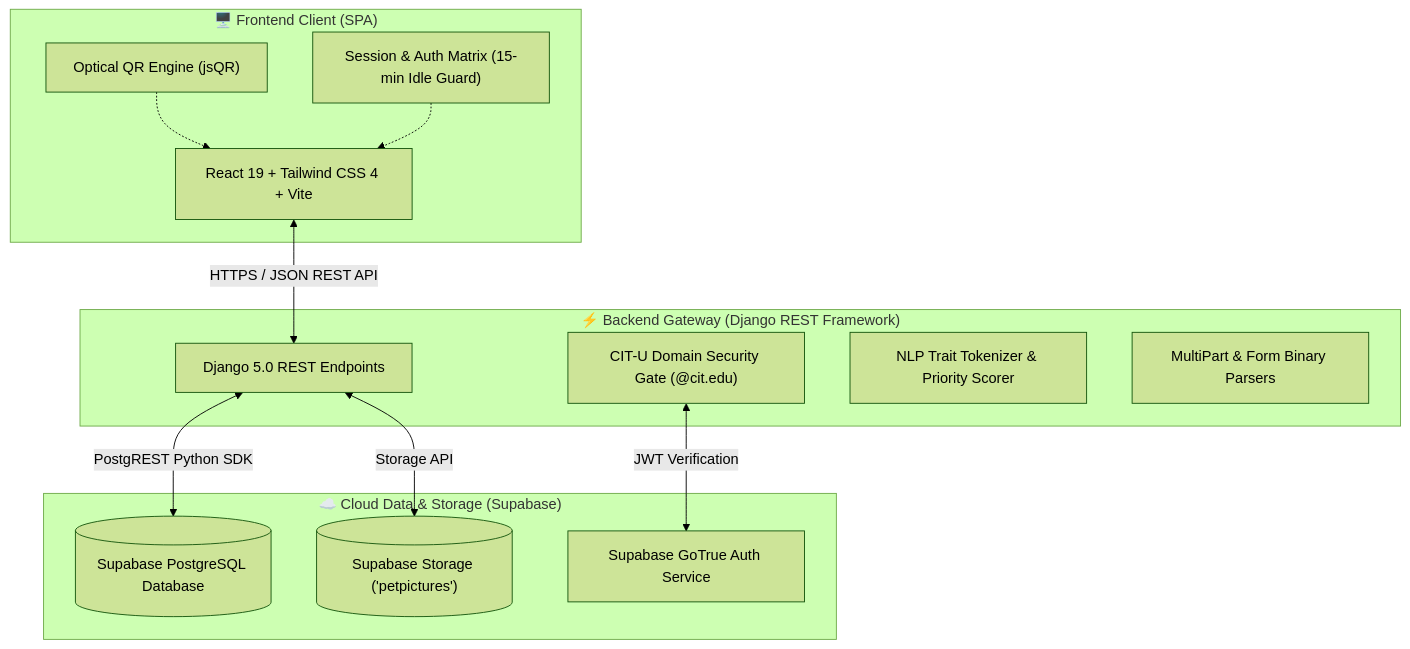
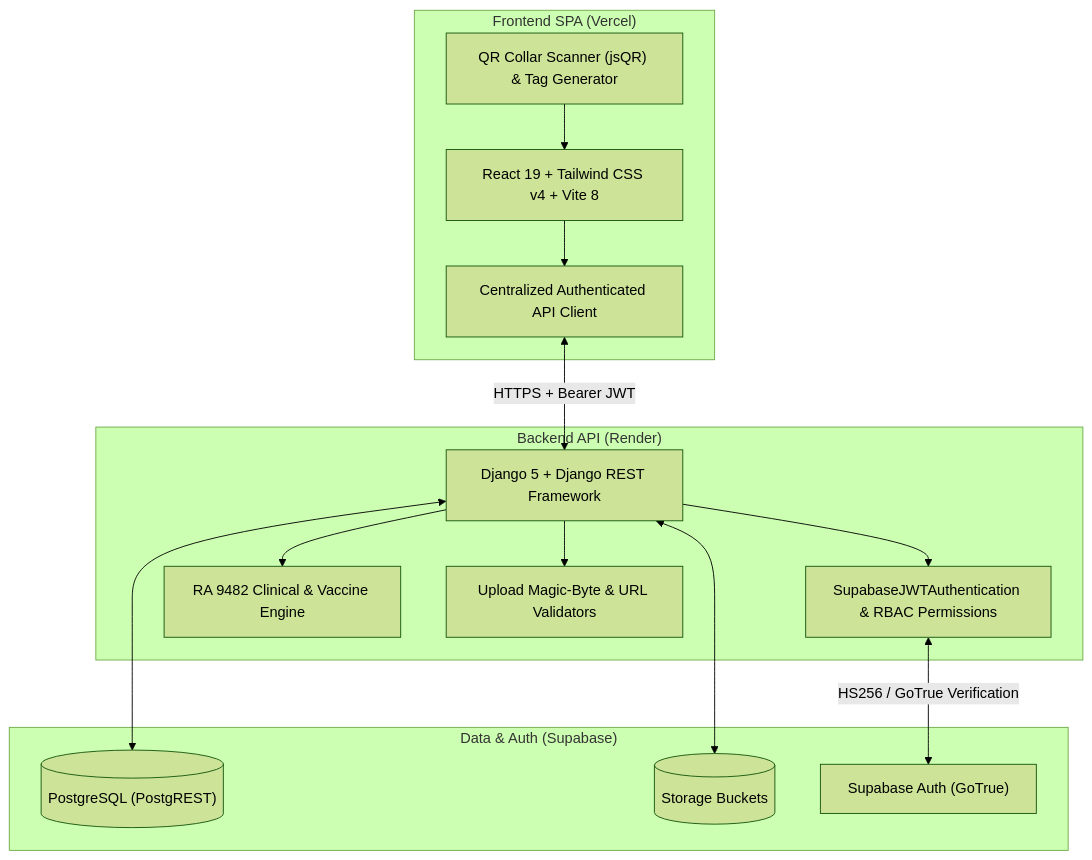
The diagram in README.md (yuclark/taskforcebruno), drawn with Mermaid (forest theme) before and after one commit. The commit also changed other lines of this file and 44 other files, not shown here.

Commit message:
feat(frontend): overhaul UI, mobile responsiveness, API client, and code splitting

````diff
--- a/README.md
+++ b/README.md
@@ -126,29 +28,31 @@
 ```mermaid
 flowchart TB
-    subgraph ClientLayer["🖥️ Frontend Client (SPA)"]
-        UI["React 19 + Tailwind CSS 4 + Vite"]
-        Scanner["Optical QR Engine (jsQR)"]
-        State["Session & Auth Matrix (15-min Idle Guard)"]
+    subgraph Client["Frontend SPA (Vercel)"]
+        UI["React 19 + Tailwind CSS v4 + Vite 8"]
+        QR["QR Collar Scanner (jsQR) & Tag Generator"]
+        API["Centralized Authenticated API Client"]
     end
 
-    subgraph GatewayLayer["⚡ Backend Gateway (Django REST Framework)"]
-        API["Django 5.0 REST Endpoints"]
-        AuthGate["CIT-U Domain Security Gate (@cit.edu)"]
-        AISearch["NLP Trait Tokenizer & Priority Scorer"]
-        Parsers["MultiPart & Form Binary Parsers"]
+    subgraph Backend["Backend API (Render)"]
+        DRF["Django 5 + Django REST Framework"]
+        Auth["SupabaseJWTAuthentication & RBAC Permissions"]
+        Clinical["RA 9482 Clinical & Vaccine Engine"]
+        Validators["Upload Magic-Byte & URL Validators"]
     end
 
-    subgraph DataLayer["☁️ Cloud Data & Storage (Supabase)"]
-        Postgres[("Supabase PostgreSQL Database")]
-        Storage[("Supabase Storage ('petpictures')")]
-        AuthService["Supabase GoTrue Auth Service"]
+    subgraph Cloud["Data & Auth (Supabase)"]
+        PG[("PostgreSQL (PostgREST)")]
+        Storage[("Storage Buckets")]
+        GoTrue["Supabase Auth (GoTrue)"]
     end
 
-    UI <--> |HTTPS / JSON REST API| API
-    Scanner -.-> UI
-    State -.-> UI
-    
-    API <--> |PostgREST Python SDK| Postgres
-    API <--> |Storage API| Storage
-    AuthGate <--> |JWT Verification| AuthService
+    UI --> API
+    QR --> UI
+    API <--> |HTTPS + Bearer JWT| DRF
+    DRF --> Auth
+    DRF --> Clinical
+    DRF --> Validators
+    Auth <--> |HS256 / GoTrue Verification| GoTrue
+    DRF <--> PG
+    DRF <--> Storage
 ```
````
